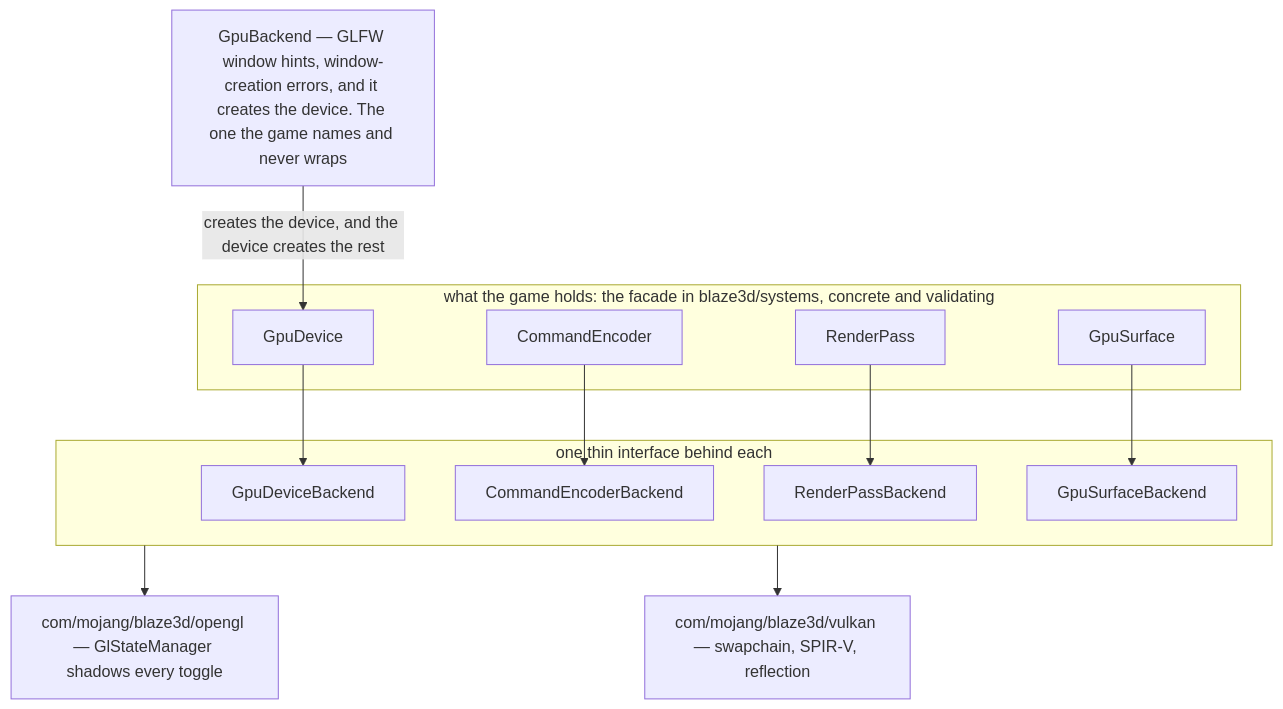
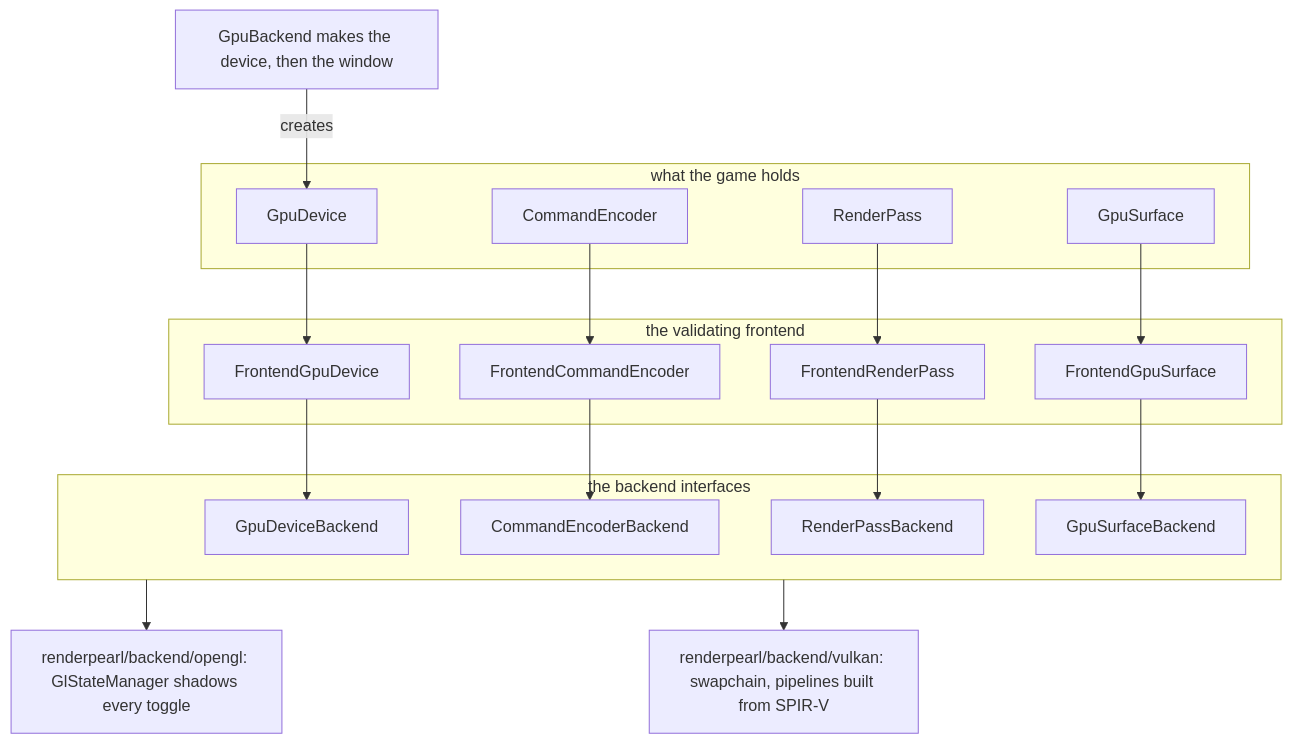
Before and after one commit to AlexanderjFraser/MinecraftDocs: the first of 2 diagrams in src/systems/rendering/blaze3d.md, drawn with Mermaid. The commit also changed other lines of this file and 68 other files, not shown here.

````diff
--- a/src/systems/rendering/blaze3d.md
+++ b/src/systems/rendering/blaze3d.md
@@ -44,23 +46,29 @@
 ```mermaid
 flowchart TD
-    GB["GpuBackend — GLFW window hints, window-creation errors, and it creates the device. The one the game names and never wraps"]
-    subgraph F["what the game holds: the facade in blaze3d/systems, concrete and validating"]
+    GB["GpuBackend makes the device, then the window"]
+    subgraph F["what the game holds"]
       GD["GpuDevice"]
       CE["CommandEncoder"]
       RP["RenderPass"]
       GS["GpuSurface"]
     end
-    subgraph I["one thin interface behind each"]
+    subgraph V["the validating frontend"]
+      FGD["FrontendGpuDevice"]
+      FCE["FrontendCommandEncoder"]
+      FRP["FrontendRenderPass"]
+      FGS["FrontendGpuSurface"]
+    end
+    subgraph I["the backend interfaces"]
       GDB["GpuDeviceBackend"]
       CEB["CommandEncoderBackend"]
       RPB["RenderPassBackend"]
       GSB["GpuSurfaceBackend"]
     end
-    GB -- "creates the device, and the device creates the rest" --> GD
-    GD --> GDB
-    CE --> CEB
-    RP --> RPB
-    GS --> GSB
-    I --> OGL["com/mojang/blaze3d/opengl — GlStateManager shadows every toggle"]
-    I --> VK["com/mojang/blaze3d/vulkan — swapchain, SPIR-V, reflection"]
+    GB -- "creates" --> GD
+    GD --> FGD --> GDB
+    CE --> FCE --> CEB
+    RP --> FRP --> RPB
+    GS --> FGS --> GSB
+    I --> OGL["renderpearl/backend/opengl: GlStateManager shadows every toggle"]
+    I --> VK["renderpearl/backend/vulkan: swapchain, pipelines built from SPIR-V"]
 ```
````
